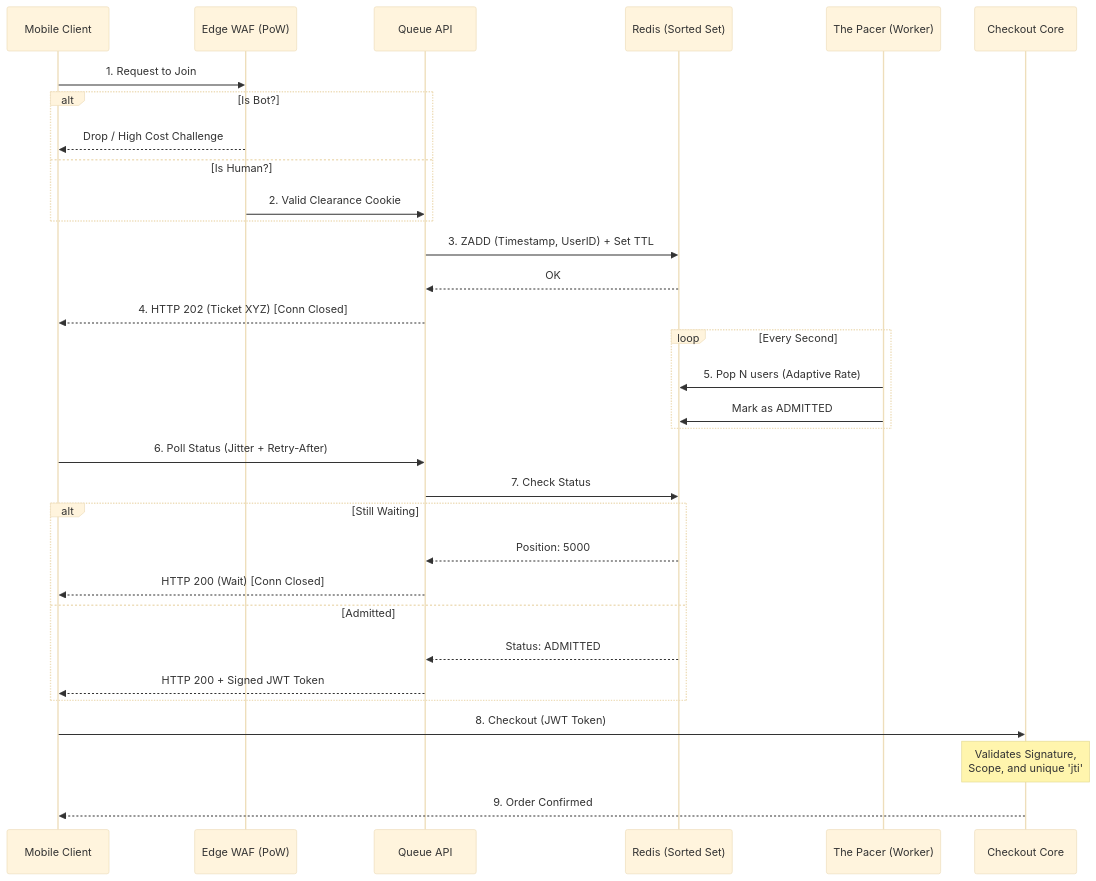
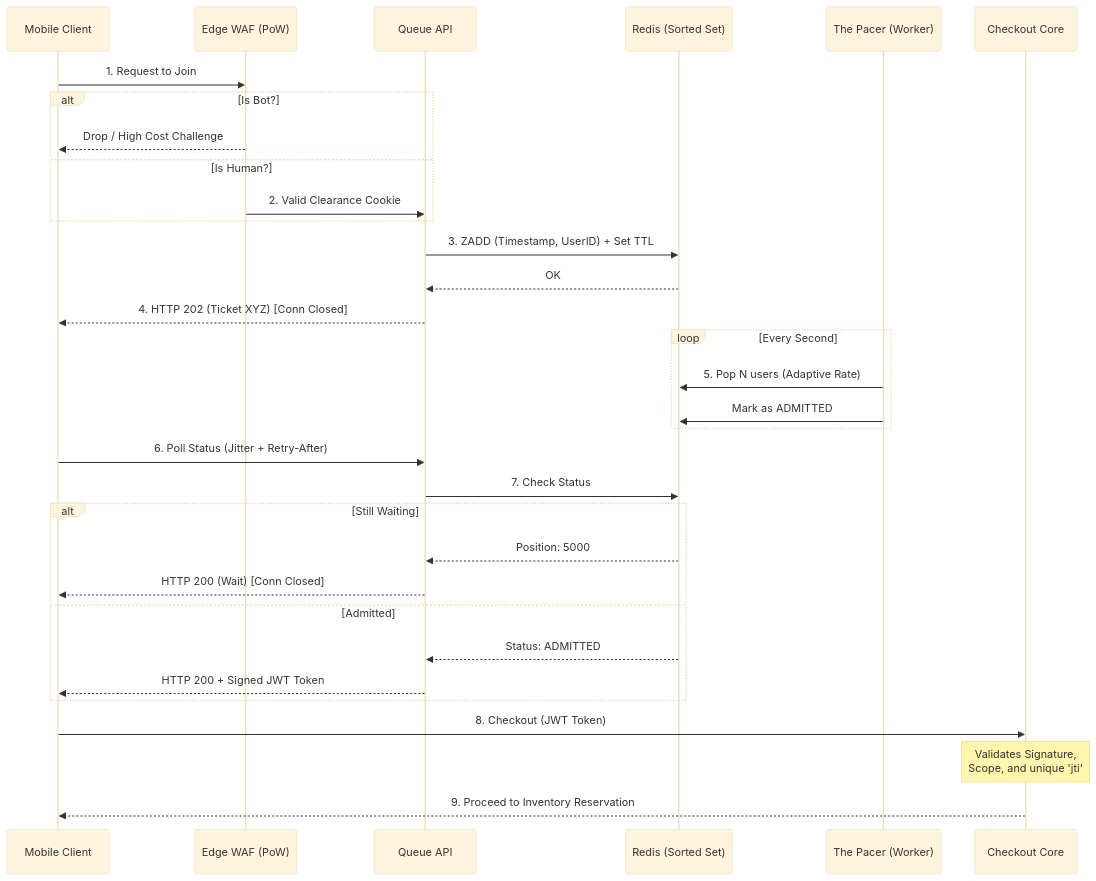
Before and after one commit to tuanhiep/tuanhiep.github.io: the diagram in content/posts/series_3/2.global_flash_sale_engine_admission.md, drawn with Mermaid (base theme). The commit also changed other lines of this file, not shown here.

````diff
--- a/content/posts/series_3/2.global_flash_sale_engine_admission.md
+++ b/content/posts/series_3/2.global_flash_sale_engine_admission.md
@@ -90,44 +90,44 @@
 ```mermaid
 sequenceDiagram
     participant C as Mobile Client
     participant W as Edge WAF (PoW)
     participant Q as Queue API
     participant R as Redis (Sorted Set)
     participant P as The Pacer (Worker)
     participant Core as Checkout Core
 
     %% Phase 1: Edge Defense
     C->>W: 1. Request to Join
     alt Is Bot?
         W-->>C: Drop / High Cost Challenge
     else Is Human?
         W->>Q: 2. Valid Clearance Cookie
     end
     
     %% Phase 2: Async Queue
     Q->>R: 3. ZADD (Timestamp, UserID) + Set TTL
     R-->>Q: OK
     Q-->>C: 4. HTTP 202 (Ticket XYZ) [Conn Closed]
     
     %% Phase 3: Pacing & Token Generation
     loop Every Second
         P->>R: 5. Pop N users (Adaptive Rate)
         P->>R: Mark as ADMITTED
     end
 
     C->>Q: 6. Poll Status (Jitter + Retry-After)
     Q->>R: 7. Check Status
     alt Still Waiting
         R-->>Q: Position: 5000
         Q-->>C: HTTP 200 (Wait) [Conn Closed]
     else Admitted
         R-->>Q: Status: ADMITTED
         Q-->>C: HTTP 200 + Signed JWT Token
     end
     
     %% Phase 4: Core Execution
     C->>Core: 8. Checkout (JWT Token)
     Note over Core: Validates Signature,<br/>Scope, and unique 'jti'
-    Core-->>C: 9. Order Confirmed
+    Core-->>C: 9. Proceed to Inventory Reservation
 
 ```
````
